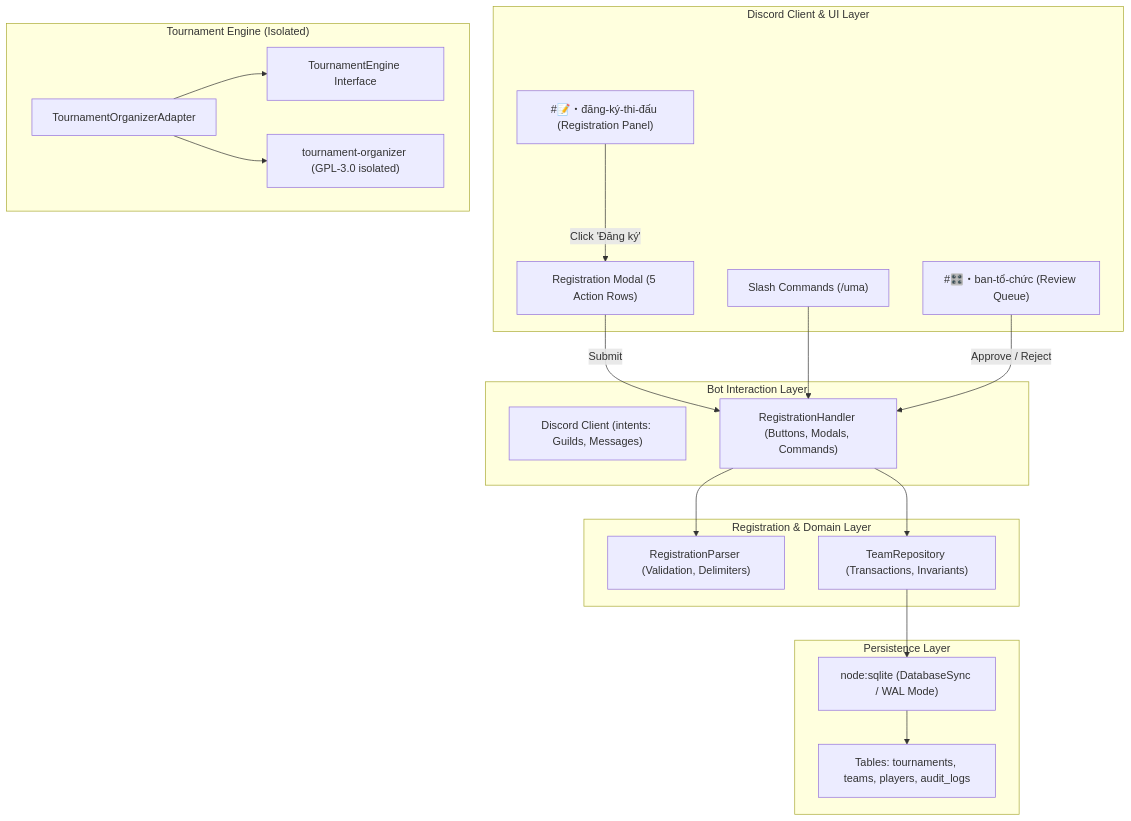
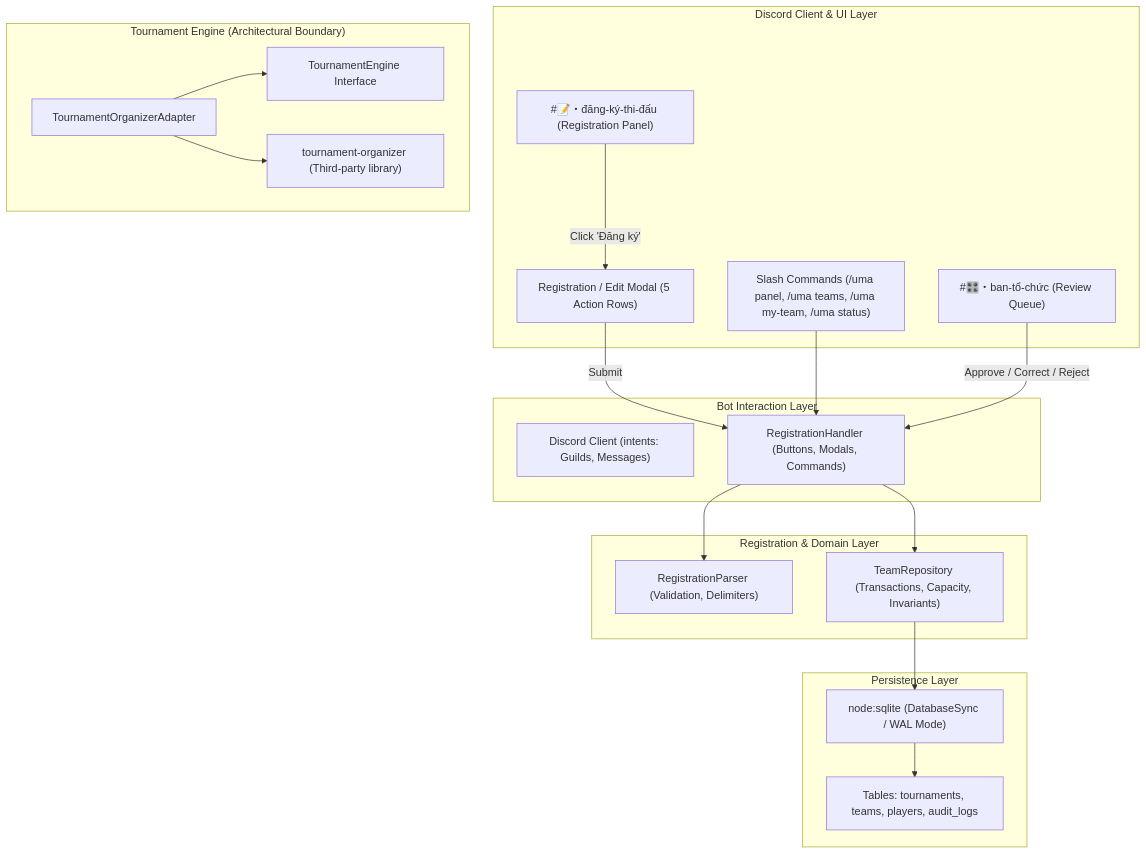
The diagram in docs/ARCHITECTURE.md (Phuchello/UMA-BOT), drawn with Mermaid before and after one commit. The commit also changed other lines of this file and 7 other files, not shown here.

````diff
--- a/docs/ARCHITECTURE.md
+++ b/docs/ARCHITECTURE.md
@@ -7,43 +7,43 @@
 ```mermaid
 flowchart TD
     subgraph Discord["Discord Client & UI Layer"]
         Panel["#📝・đăng-ký-thi-đấu (Registration Panel)"]
-        Modal["Registration Modal (5 Action Rows)"]
+        Modal["Registration / Edit Modal (5 Action Rows)"]
         BTC["#🎛️・ban-tổ-chức (Review Queue)"]
-        Commands["Slash Commands (/uma)"]
+        Commands["Slash Commands (/uma panel, /uma teams, /uma my-team, /uma status)"]
     end
 
     subgraph BotLayer["Bot Interaction Layer"]
         Client["Discord Client (intents: Guilds, Messages)"]
         Handler["RegistrationHandler (Buttons, Modals, Commands)"]
     end
 
     subgraph Domain["Registration & Domain Layer"]
         Parser["RegistrationParser (Validation, Delimiters)"]
-        Repo["TeamRepository (Transactions, Invariants)"]
+        Repo["TeamRepository (Transactions, Capacity, Invariants)"]
     end
 
     subgraph Storage["Persistence Layer"]
         SQLite["node:sqlite (DatabaseSync / WAL Mode)"]
         Tables["Tables: tournaments, teams, players, audit_logs"]
     end
 
-    subgraph Engine["Tournament Engine (Isolated)"]
+    subgraph Engine["Tournament Engine (Architectural Boundary)"]
         Interface["TournamentEngine Interface"]
         Adapter["TournamentOrganizerAdapter"]
-        Lib["tournament-organizer (GPL-3.0 isolated)"]
+        Lib["tournament-organizer (Third-party library)"]
     end
 
     Panel -->|Click 'Đăng ký'| Modal
     Modal -->|Submit| Handler
     Commands --> Handler
-    BTC -->|Approve / Reject| Handler
+    BTC -->|Approve / Correct / Reject| Handler
 
     Handler --> Parser
     Handler --> Repo
     Repo --> SQLite
     SQLite --> Tables
 
     Adapter --> Interface
     Adapter --> Lib
 ```
````
